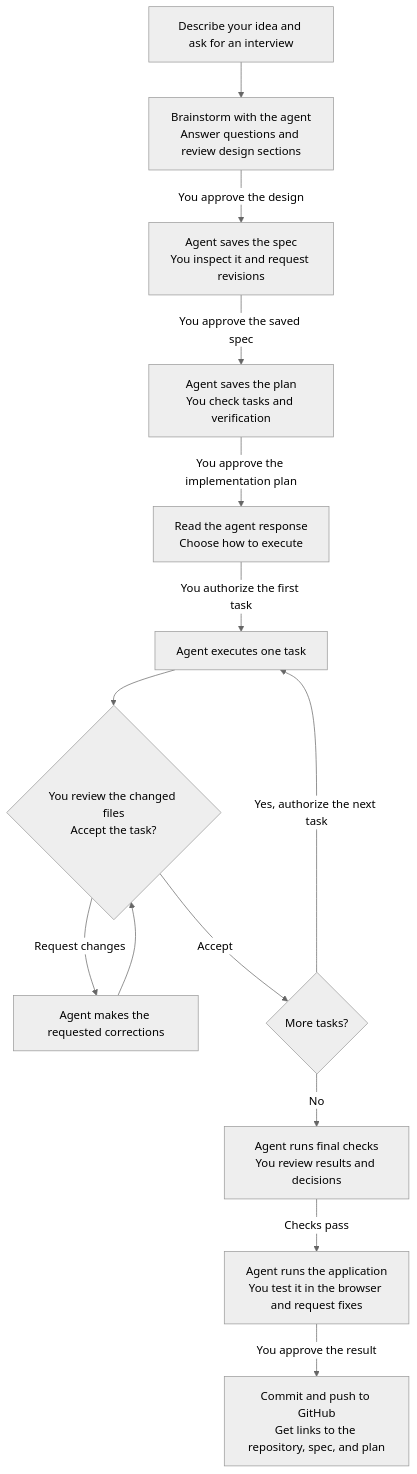
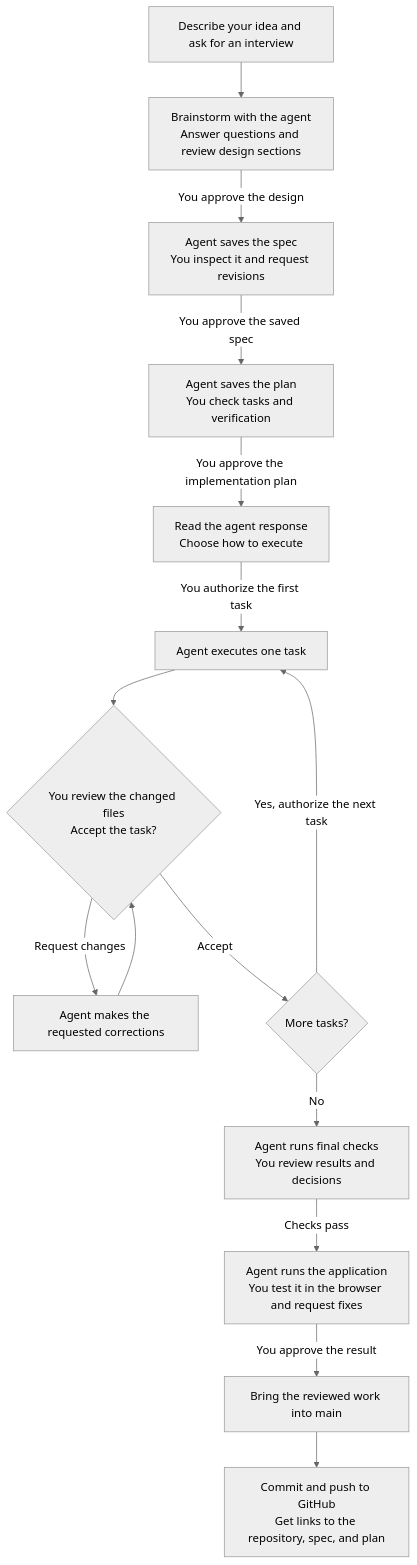
Before and after one commit to LMU-ISBA/isba-4775-fa26: the second of 2 diagrams in guides/resume-site-in-codespaces.md, drawn with Mermaid (neutral theme). The commit also changed other lines of this file, not shown here.

Commit message:
Add explicit merge step before publishing the resume site

````diff
--- a/guides/resume-site-in-codespaces.md
+++ b/guides/resume-site-in-codespaces.md
@@ -195,29 +195,31 @@
 ```mermaid
 flowchart TD
     idea["Describe your idea and ask for an interview"]
     design["Brainstorm with the agent<br/>Answer questions and review design sections"]
     spec["Agent saves the spec<br/>You inspect it and request revisions"]
     plan["Agent saves the plan<br/>You check tasks and verification"]
     execution["Read the agent response<br/>Choose how to execute"]
     task["Agent executes one task"]
     review{"You review the changed files<br/>Accept the task?"}
     fix["Agent makes the requested corrections"]
     remaining{"More tasks?"}
     checks["Agent runs final checks<br/>You review results and decisions"]
     preview["Agent runs the application<br/>You test it in the browser and request fixes"]
+    merge["Bring the reviewed work into main"]
     publish["Commit and push to GitHub<br/>Get links to the repository, spec, and plan"]
 
     idea --> design
     design -->|You approve the design| spec
     spec -->|You approve the saved spec| plan
     plan -->|You approve the implementation plan| execution
     execution -->|You authorize the first task| task
     task --> review
     review -->|Request changes| fix
     fix --> review
     review -->|Accept| remaining
     remaining -->|Yes, authorize the next task| task
     remaining -->|No| checks
     checks -->|Checks pass| preview
-    preview -->|You approve the result| publish
+    preview -->|You approve the result| merge
+    merge --> publish
 ```
````
